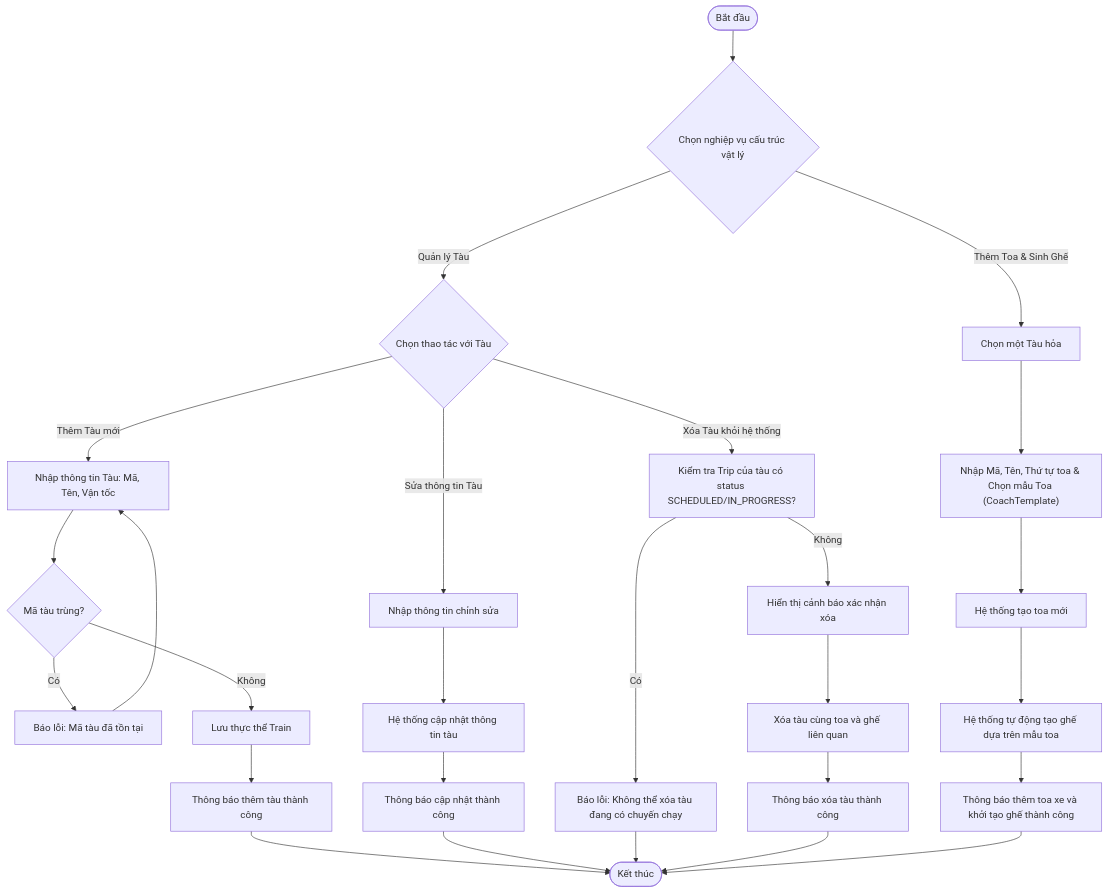
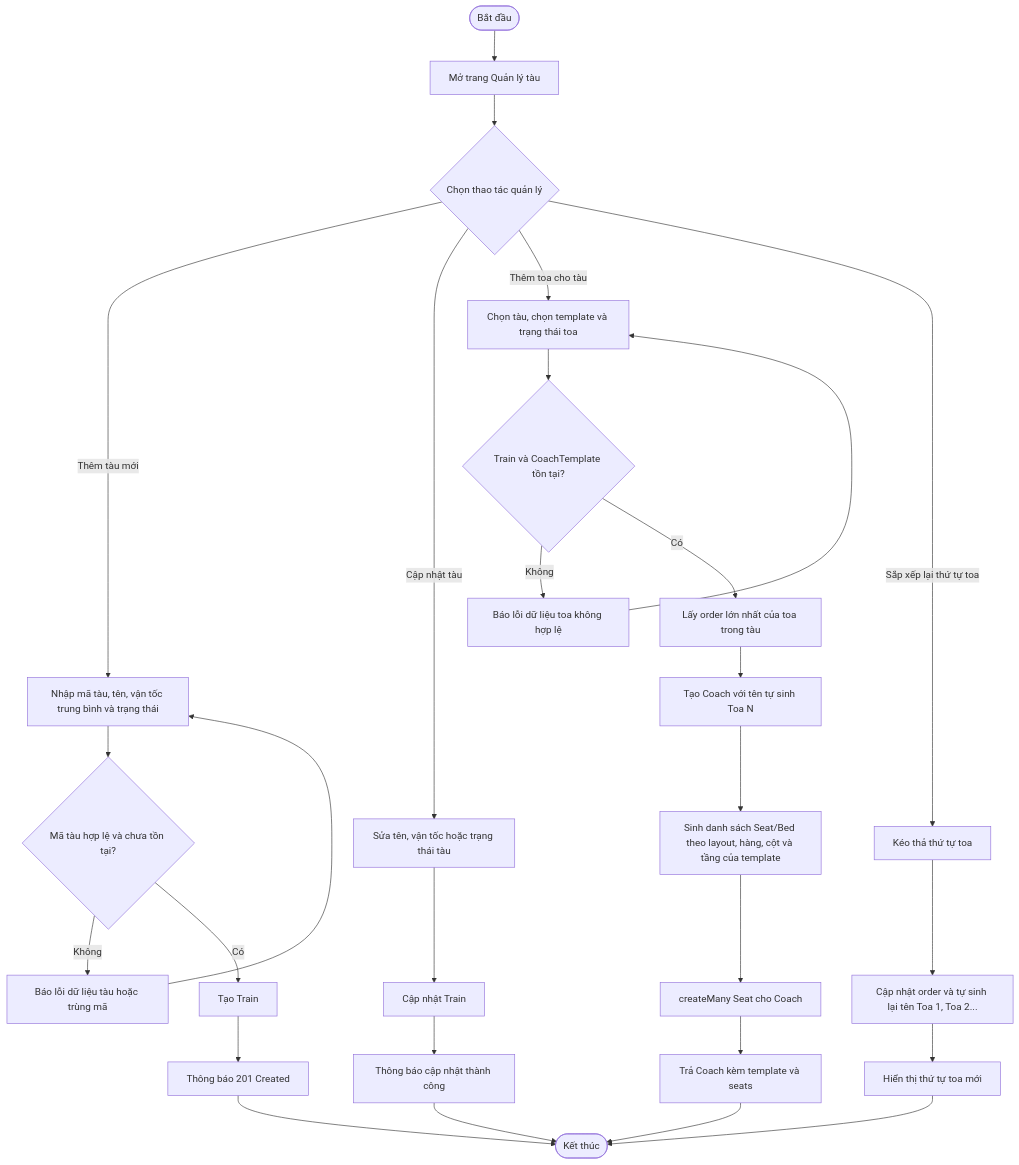
Before and after one commit to letungduong24/train-booking: diagram 15 of 21 in diagrams/activities/activity-diagrams.md, drawn with Mermaid. The commit also changed other lines of this file and 29 other files, not shown here.

````diff
--- a/diagrams/activities/activity-diagrams.md
+++ b/diagrams/activities/activity-diagrams.md
@@ -267,30 +267,28 @@
 ```mermaid
 flowchart TD
-    Start([Bắt đầu]) --> ChooseOption{Chọn nghiệp vụ cấu trúc vật lý}
+    Start([Bắt đầu]) --> OpenTrainPage[Mở trang Quản lý tàu]
+    OpenTrainPage --> ChooseOption{Chọn thao tác quản lý}
+
+    ChooseOption -- Thêm tàu mới --> CreateTrain[Nhập mã tàu, tên, vận tốc trung bình và trạng thái]
+    CreateTrain --> CheckTrainDup{Mã tàu hợp lệ và chưa tồn tại?}
+    CheckTrainDup -- Không --> ShowTrainDupError[Báo lỗi dữ liệu tàu hoặc trùng mã] --> CreateTrain
+    CheckTrainDup -- Có --> SaveTrain[Tạo Train]
+    SaveTrain --> SuccessTrain[Thông báo 201 Created] --> End([Kết thúc])
     
-    %% Quản lý Tàu
-    ChooseOption -- Quản lý Tàu --> ManageTrain{Chọn thao tác với Tàu}
-    ManageTrain -- Thêm Tàu mới --> CreateTrain[Nhập thông tin Tàu: Mã, Tên, Vận tốc]
-    CreateTrain --> CheckTrainDup{Mã tàu trùng?}
-    CheckTrainDup -- Có --> ShowTrainDupError[Báo lỗi: Mã tàu đã tồn tại] --> CreateTrain
-    CheckTrainDup -- Không --> SaveTrain[Lưu thực thể Train]
-    SaveTrain --> SuccessTrain[Thông báo thêm tàu thành công] --> End([Kết thúc])
-    
-    ManageTrain -- Sửa thông tin Tàu --> EditTrain[Nhập thông tin chỉnh sửa]
-    EditTrain --> UpdateTrain[Hệ thống cập nhật thông tin tàu]
+    ChooseOption -- Cập nhật tàu --> EditTrain[Sửa tên, vận tốc hoặc trạng thái tàu]
+    EditTrain --> UpdateTrain[Cập nhật Train]
     UpdateTrain --> SuccessEdit[Thông báo cập nhật thành công] --> End
     
-    ManageTrain -- Xóa Tàu khỏi hệ thống --> DeleteTrain[Kiểm tra Trip của tàu có status SCHEDULED/IN_PROGRESS?]
-    DeleteTrain -- Có --> DeleteTrainError[Báo lỗi: Không thể xóa tàu đang có chuyến chạy] --> End
-    DeleteTrain -- Không --> ConfirmDelete[Hiển thị cảnh báo xác nhận xóa]
-    ConfirmDelete --> ProceedDelete[Xóa tàu cùng toa và ghế liên quan]
-    ProceedDelete --> SuccessDelete[Thông báo xóa tàu thành công] --> End
-    
-    %% Quản lý Toa xe
-    ChooseOption -- Thêm Toa & Sinh Ghế --> SelectTrain["Chọn một Tàu hỏa"]
-    SelectTrain --> SelectTemplate["Nhập Mã, Tên, Thứ tự toa & Chọn mẫu Toa (CoachTemplate)"]
-    SelectTemplate --> SaveCoach[Hệ thống tạo toa mới]
-    SaveCoach --> AutoGenSeats[Hệ thống tự động tạo ghế dựa trên mẫu toa]
-    AutoGenSeats --> SuccessCoach[Thông báo thêm toa xe và khởi tạo ghế thành công] --> End
-    
+    ChooseOption -- Thêm toa cho tàu --> SelectTrain["Chọn tàu, chọn template và trạng thái toa"]
+    SelectTrain --> ValidateCoachInput{Train và CoachTemplate tồn tại?}
+    ValidateCoachInput -- Không --> ShowCoachInputError[Báo lỗi dữ liệu toa không hợp lệ] --> SelectTrain
+    ValidateCoachInput -- Có --> GetCoachOrder[Lấy order lớn nhất của toa trong tàu]
+    GetCoachOrder --> SaveCoach[Tạo Coach với tên tự sinh Toa N]
+    SaveCoach --> AutoGenSeats[Sinh danh sách Seat/Bed theo layout, hàng, cột và tầng của template]
+    AutoGenSeats --> CreateSeats[createMany Seat cho Coach]
+    CreateSeats --> SuccessCoach[Trả Coach kèm template và seats] --> End
+
+    ChooseOption -- Sắp xếp lại thứ tự toa --> DragCoach[Kéo thả thứ tự toa]
+    DragCoach --> ReorderCoach[Cập nhật order và tự sinh lại tên Toa 1, Toa 2...]
+    ReorderCoach --> SuccessReorder[Hiển thị thứ tự toa mới] --> End
 ```
````
